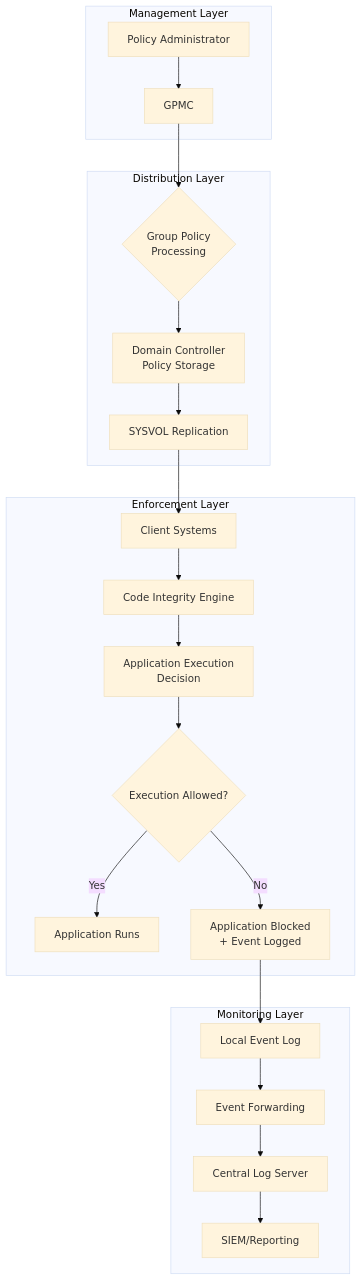
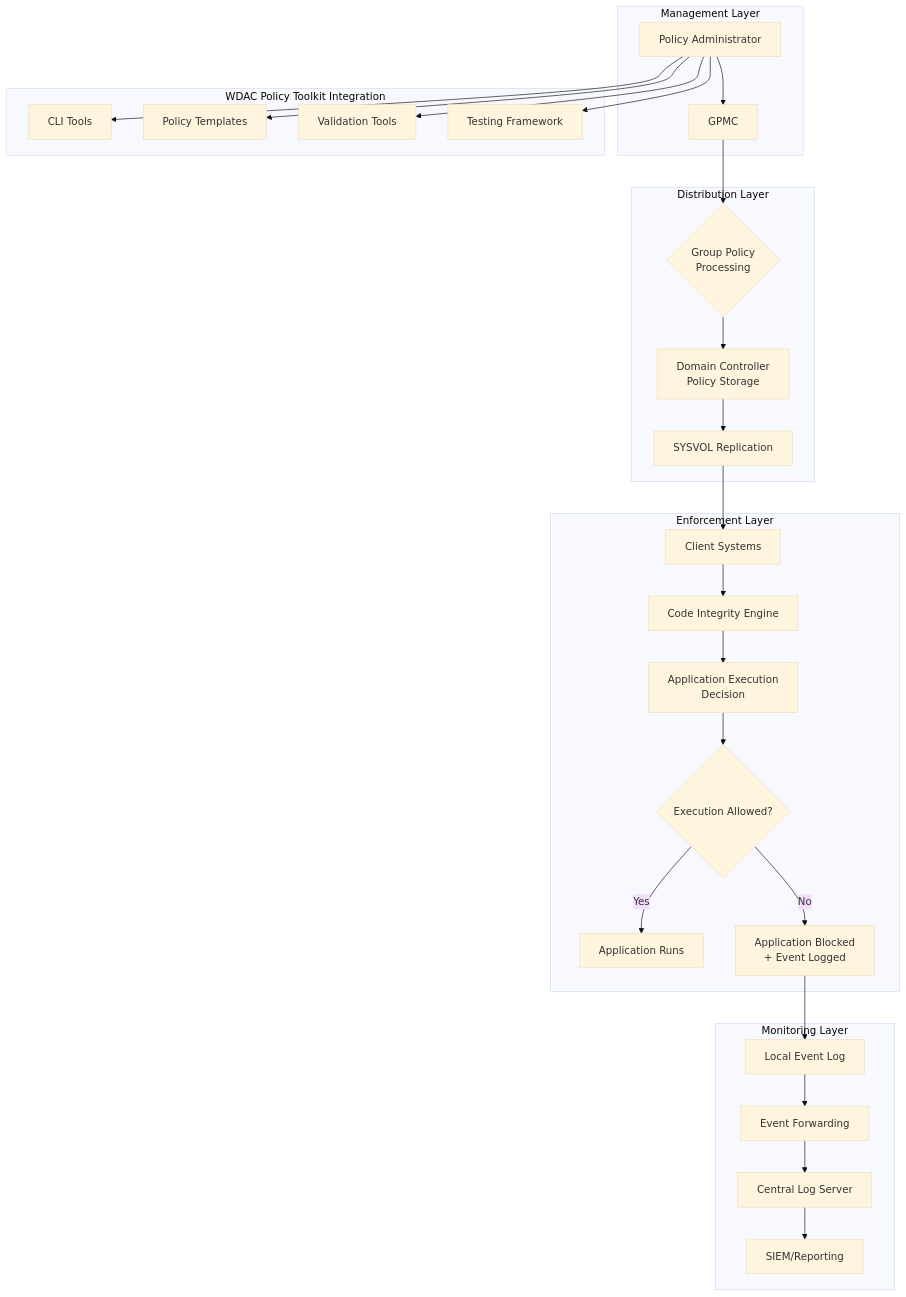
One commit to sakirm-icpl/WDAC-Enterprise-Security changed the first of 3 diagrams in architecture/AD_NonAD_Architecture.md. Above: the diagram before and after it, drawn with Mermaid (base theme). The commit also changed other lines of this file and 15 other files, not shown here.

````diff
--- a/architecture/AD_NonAD_Architecture.md
+++ b/architecture/AD_NonAD_Architecture.md
@@ -39,44 +41,56 @@
 ```mermaid
 graph TB
     A[Policy Administrator] --> B[GPMC]
     B --> C{Group Policy<br/>Processing}
     C --> D[Domain Controller<br/>Policy Storage]
     D --> E[SYSVOL Replication]
     E --> F[Client Systems]
     F --> G[Code Integrity Engine]
     G --> H[Application Execution<br/>Decision]
     H --> I{Execution Allowed?}
     I -->|Yes| J[Application Runs]
     I -->|No| K[Application Blocked<br/>+ Event Logged]
     K --> L[Local Event Log]
     L --> M[Event Forwarding]
     M --> N[Central Log Server]
     N --> O[SIEM/Reporting]
     
     subgraph "Management Layer"
         A
         B
     end
     
     subgraph "Distribution Layer"
         C
         D
         E
     end
     
     subgraph "Enforcement Layer"
         F
         G
         H
         I
         J
         K
     end
     
     subgraph "Monitoring Layer"
         L
         M
         N
         O
     end
+    
+    subgraph "WDAC Policy Toolkit Integration"
+        P[CLI Tools]
+        Q[Policy Templates]
+        R[Validation Tools]
+        S[Testing Framework]
+        
+        A --> P
+        A --> Q
+        A --> R
+        A --> S
+    end
 ```
````
